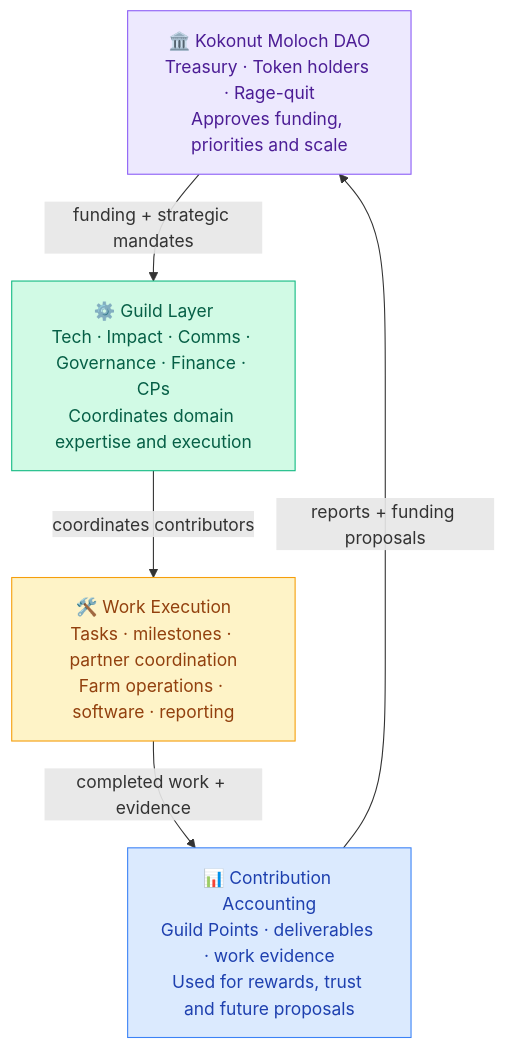
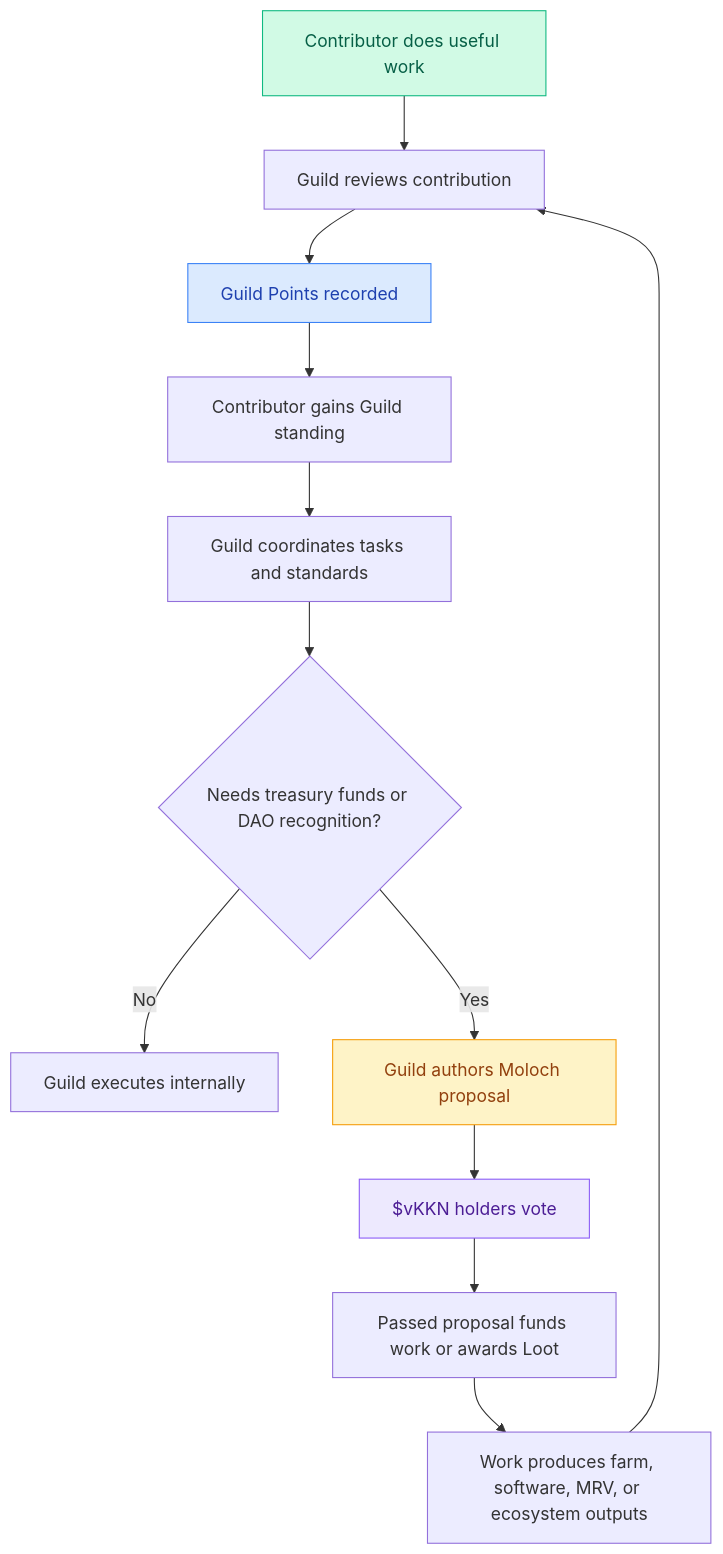
The diagram in ecosystem-wiki/the-kokonut-dao/kokonut-guilds-dao.mdx (wasalo/Kokonut-Public-Site), drawn with Mermaid before and after one commit. The commit also changed other lines of this file, not shown here.

````diff
--- a/ecosystem-wiki/the-kokonut-dao/kokonut-guilds-dao.mdx
+++ b/ecosystem-wiki/the-kokonut-dao/kokonut-guilds-dao.mdx
@@ -125,20 +273,19 @@
 ```mermaid
 flowchart TD
-    M["🏛️ Kokonut Moloch DAO\nTreasury · Token holders · Rage-quit\nApproves funding, priorities and scale"]
+    A["Contributor does useful work"] --> B["Guild reviews contribution"]
+    B --> C["Guild Points recorded"]
+    C --> D["Contributor gains Guild standing"]
+    D --> E["Guild coordinates tasks and standards"]
+    E --> F{"Needs treasury funds or DAO recognition?"}
+    F -->|"No"| G["Guild executes internally"]
+    F -->|"Yes"| H["Guild authors Moloch proposal"]
+    H --> I["$vKKN holders vote"]
+    I --> J["Passed proposal funds work or awards Loot"]
+    J --> K["Work produces farm, software, MRV, or ecosystem outputs"]
+    K --> B
 
-    G["⚙️ Guild Layer\nTech · Impact · Comms · Governance · Finance · CPs\nCoordinates domain expertise and execution"]
-
-    W["🛠️ Work Execution\nTasks · milestones · partner coordination\nFarm operations · software · reporting"]
-
-    C["📊 Contribution Accounting\nGuild Points · deliverables · work evidence\nUsed for rewards, trust and future proposals"]
-
-    M -->|"funding + strategic mandates"| G
-    G -->|"coordinates contributors"| W
-    W -->|"completed work + evidence"| C
-    C -->|"reports + funding proposals"| M
-
-    style M fill:#ede9fe,stroke:#8b5cf6,color:#4c1d95
-    style G fill:#d1fae5,stroke:#10b981,color:#065f46
-    style W fill:#fef3c7,stroke:#f59e0b,color:#92400e
+    style A fill:#d1fae5,stroke:#10b981,color:#065f46
     style C fill:#dbeafe,stroke:#3b82f6,color:#1e40af
+    style H fill:#fef3c7,stroke:#f59e0b,color:#92400e
+    style I fill:#ede9fe,stroke:#8b5cf6,color:#4c1d95
 ```
````
